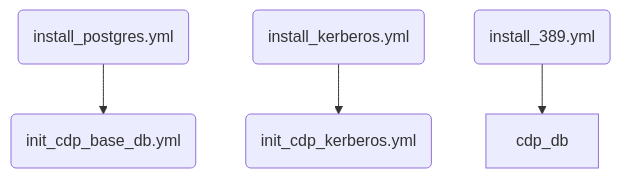
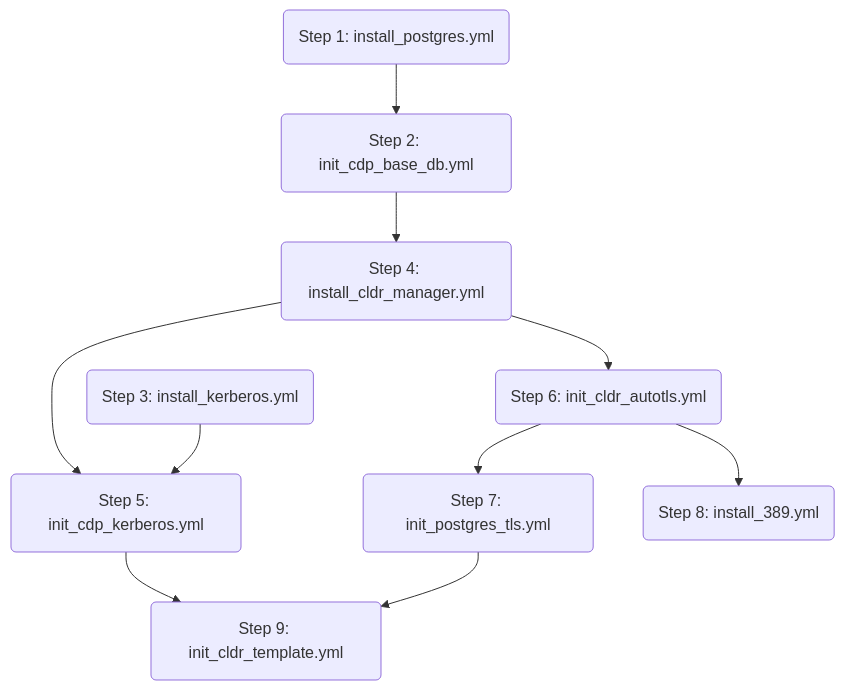
The diagram in Readme.md (risyomei/cdp-base-helper), drawn with Mermaid before and after one commit. The commit also changed other lines of this file, not shown here.

````diff
--- a/Readme.md
+++ b/Readme.md
@@ -3,7 +3,12 @@
 ```mermaid
   graph TD
-    postgres(install_postgres.yml) --> base_db(init_cdp_base_db.yml) 
-    kerberos(install_kerberos.yml) --> base_kerberos(init_cdp_kerberos.yml)
-    ldap(install_389.yml) --> cdp_db
-    
+    kerberos(Step 3: install_kerberos.yml) --> base_kerberos(Step 5: init_cdp_kerberos.yml)
+    postgres(Step 1: install_postgres.yml) --> base_db(Step 2: init_cdp_base_db.yml) 
+    base_db --> install_cldr(Step 4: install_cldr_manager.yml)
+    install_cldr --> init_cldr_autotls(Step 6: init_cldr_autotls.yml)
+    init_cldr_autotls --> init_postgres_tls(Step 7: init_postgres_tls.yml)
+    install_cldr --> base_kerberos
+    init_postgres_tls --> init_cldr_template(Step 9: init_cldr_template.yml)
+    base_kerberos --> init_cldr_template
+    init_cldr_autotls --> install_389(Step 8: install_389.yml)
 ```
````
